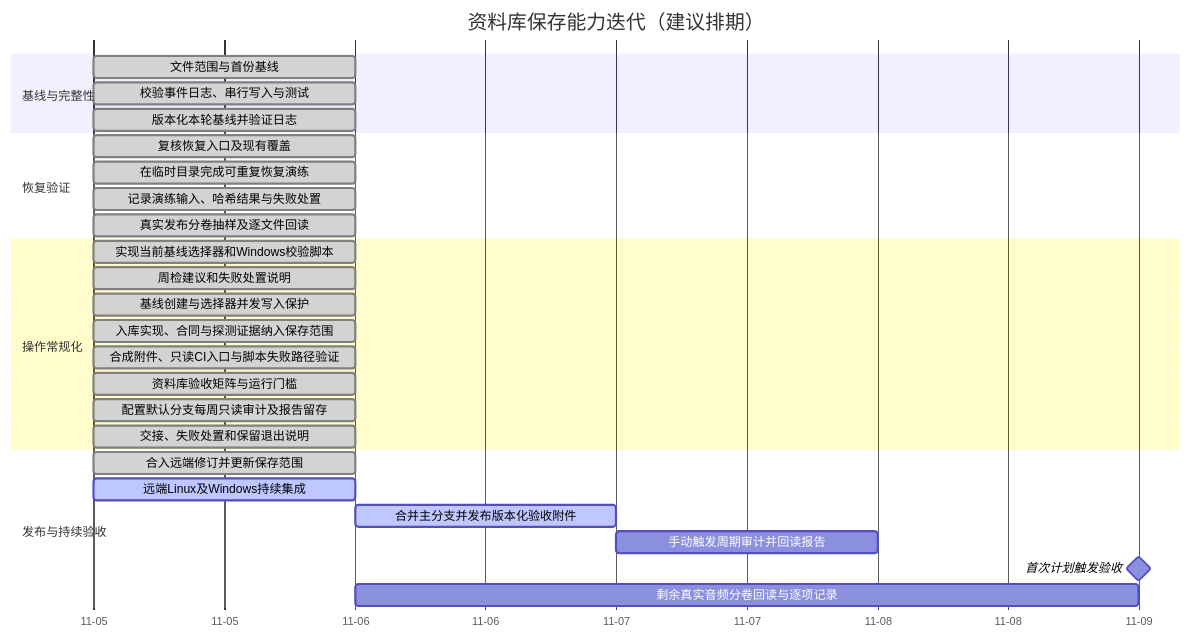
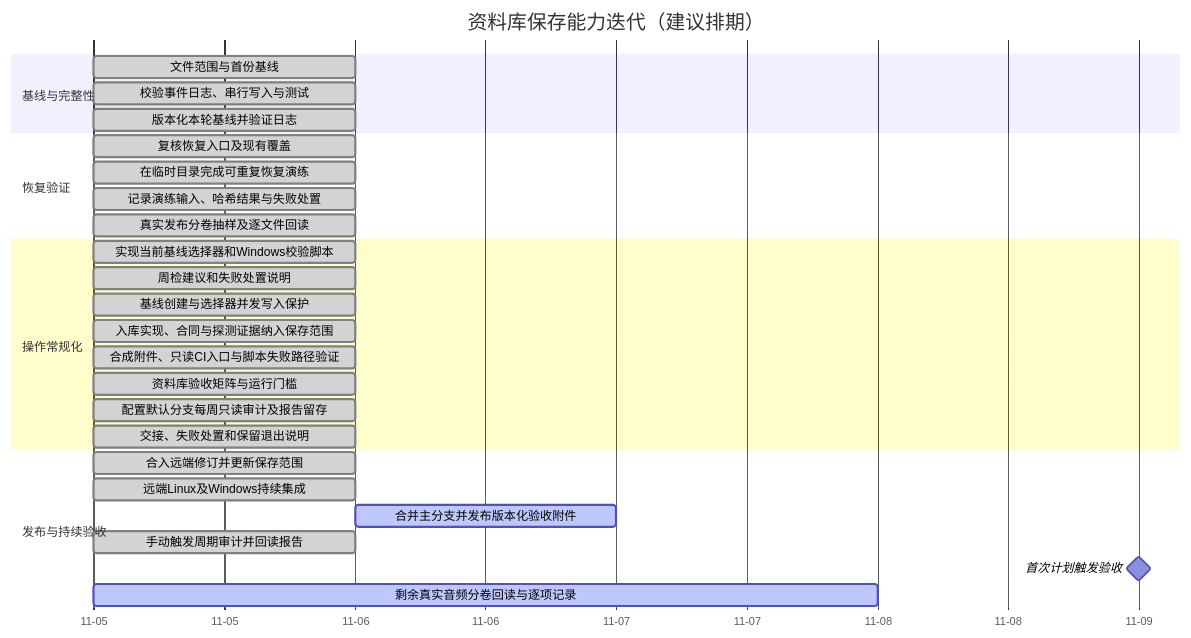
Before and after one commit to chosenecho/weimingzi-data: the diagram in docs/PRESERVATION-ROADMAP.md, drawn with Mermaid. The commit also changed other lines of this file and 10 other files, not shown here.

Commit message:
feat: validate remote audits and restore media in isolated runners

````diff
--- a/docs/PRESERVATION-ROADMAP.md
+++ b/docs/PRESERVATION-ROADMAP.md
@@ -5,31 +5,31 @@
 ```mermaid
 gantt
     title 资料库保存能力迭代（建议排期）
     dateFormat YYYY-MM-DD
     axisFormat %m-%d
     section 基线与完整性
     文件范围与首份基线                 :done, base, 2026-11-05, 1d
     校验事件日志、串行写入与测试         :done, fixity, 2026-11-05, 1d
     版本化本轮基线并验证日志             :done, fixity_release, 2026-11-05, 1d
     section 恢复验证
     复核恢复入口及现有覆盖               :done, restore_audit, 2026-11-05, 1d
     在临时目录完成可重复恢复演练           :done, restore_drill, 2026-11-05, 1d
     记录演练输入、哈希结果与失败处置       :done, restore_evidence, 2026-11-05, 1d
     真实发布分卷抽样及逐文件回读           :done, live_restore_sample, 2026-11-05, 1d
     section 操作常规化
     实现当前基线选择器和Windows校验脚本     :done, cadence_entry, 2026-11-05, 1d
     周检建议和失败处置说明                 :done, runbook, 2026-11-05, 1d
     基线创建与选择器并发写入保护             :done, writer_lock, 2026-11-05, 1d
     入库实现、合同与探测证据纳入保存范围       :done, ingest_context, 2026-11-05, 1d
     合成附件、只读CI入口与脚本失败路径验证      :done, acceptance_checks, 2026-11-05, 1d
     资料库验收矩阵与运行门槛                  :done, acceptance_matrix, 2026-11-05, 1d
     配置默认分支每周只读审计及报告留存       :done, schedule_config, 2026-11-05, 1d
     交接、失败处置和保留退出说明             :done, handover_runbook, 2026-11-05, 1d
     section 发布与持续验收
     合入远端修订并更新保存范围               :done, upstream_merge, 2026-11-05, 1d
-    远端Linux及Windows持续集成               :active, remote_ci, 2026-11-05, 1d
+    远端Linux及Windows持续集成               :done, remote_ci, 2026-11-05, 1d
     合并主分支并发布版本化验收附件           :active, publication, after remote_ci, 1d
-    手动触发周期审计并回读报告               :manual_audit, after publication, 1d
+    手动触发周期审计并回读报告               :done, manual_audit, 2026-11-05, 1d
     首次计划触发验收                         :milestone, scheduled_run, 2026-11-09, 0d
-    剩余真实音频分卷回读与逐项记录           :full_restore, 2026-11-06, 3d
+    剩余真实音频分卷回读与逐项记录           :active, full_restore, 2026-11-05, 3d
 ```
````
